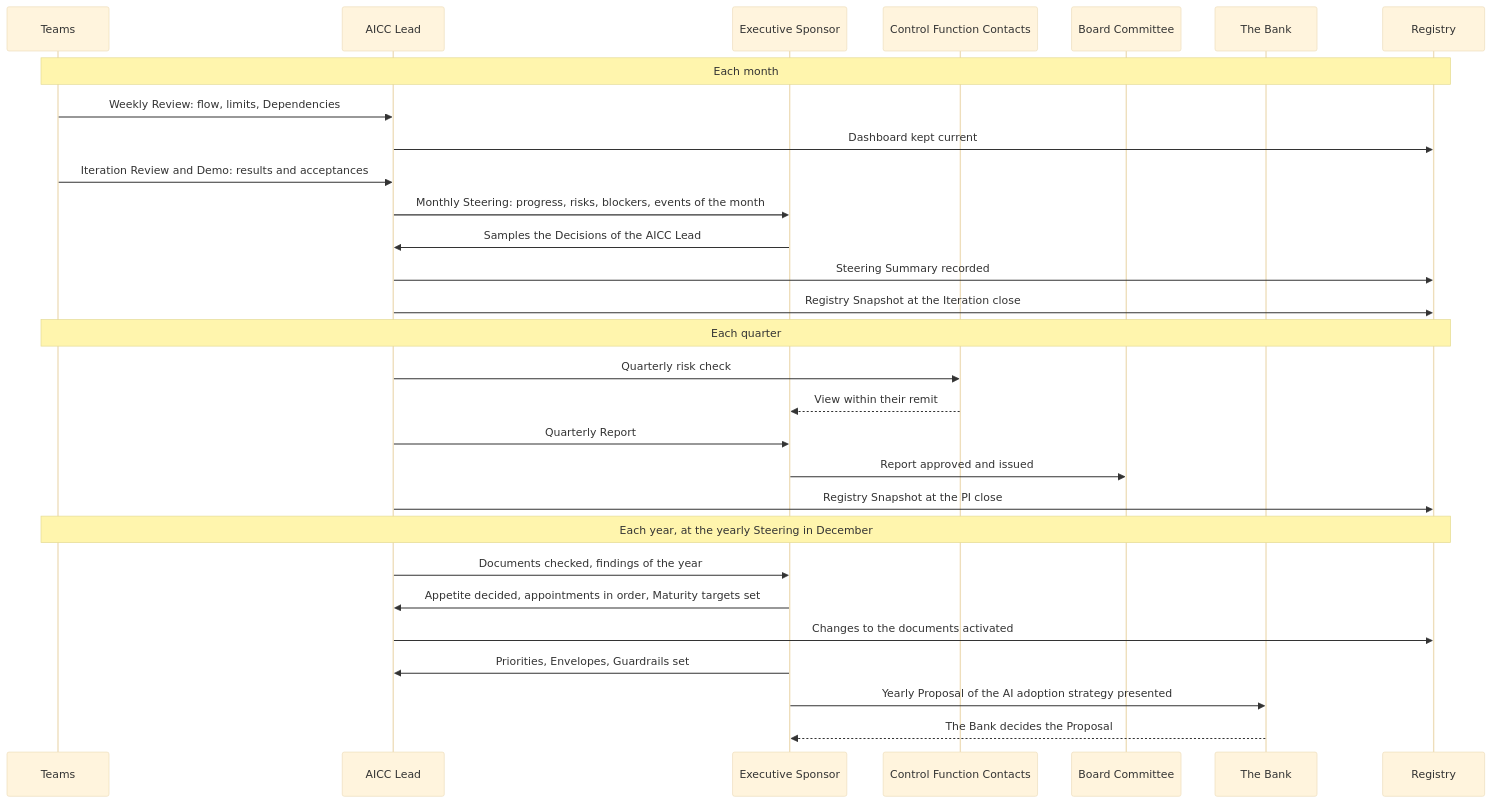
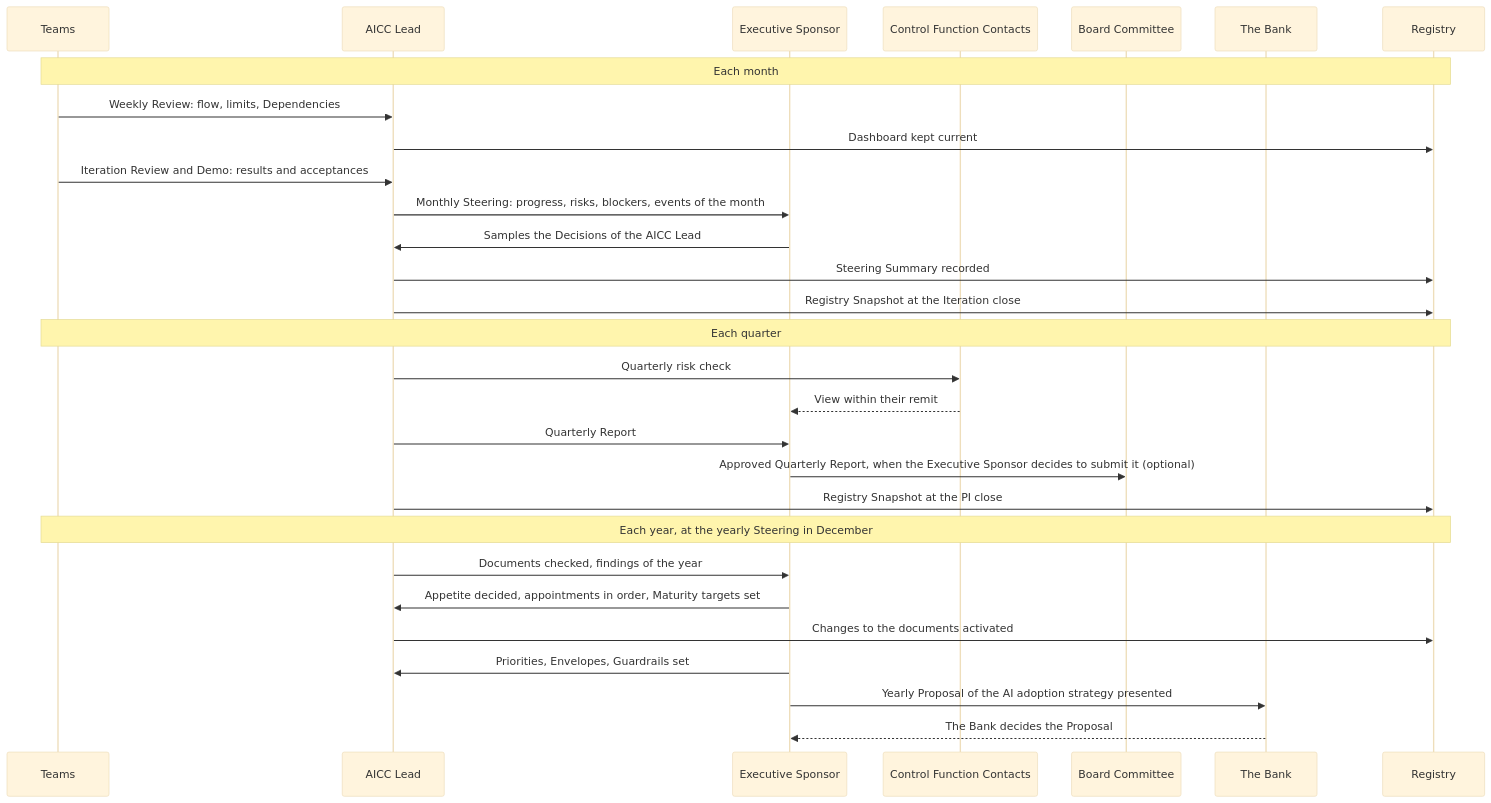
One commit to devhogu/ob-aicc changed the third of 6 diagrams in charter/en/workflows/unit-governance.md. Above: the diagram before and after it, drawn with Mermaid (base theme). The commit also changed other lines of this file and 150 other files, not shown here.

````diff
--- a/charter/en/workflows/unit-governance.md
+++ b/charter/en/workflows/unit-governance.md
@@ -78,31 +78,31 @@
 ```mermaid
 sequenceDiagram
   participant T as Teams
   participant L as AICC Lead
   participant ES as Executive Sponsor
   participant CF as Control Function Contacts
   participant BC as Board Committee
   participant BK as The Bank
   participant R as Registry
   Note over T,R: Each month
   T->>L: Weekly Review: flow, limits, Dependencies
   L->>R: Dashboard kept current
   T->>L: Iteration Review and Demo: results and acceptances
   L->>ES: Monthly Steering: progress, risks, blockers, events of the month
   ES->>L: Samples the Decisions of the AICC Lead
   L->>R: Steering Summary recorded
   L->>R: Registry Snapshot at the Iteration close
   Note over T,R: Each quarter
   L->>CF: Quarterly risk check
   CF-->>ES: View within their remit
   L->>ES: Quarterly Report
-  ES->>BC: Report approved and issued
+  ES->>BC: Approved Quarterly Report, when the Executive Sponsor decides to submit it (optional)
   L->>R: Registry Snapshot at the PI close
   Note over T,R: Each year, at the yearly Steering in December
   L->>ES: Documents checked, findings of the year
   ES->>L: Appetite decided, appointments in order, Maturity targets set
   L->>R: Changes to the documents activated
   ES->>L: Priorities, Envelopes, Guardrails set
   ES->>BK: Yearly Proposal of the AI adoption strategy presented
   BK-->>ES: The Bank decides the Proposal
 ```
````
